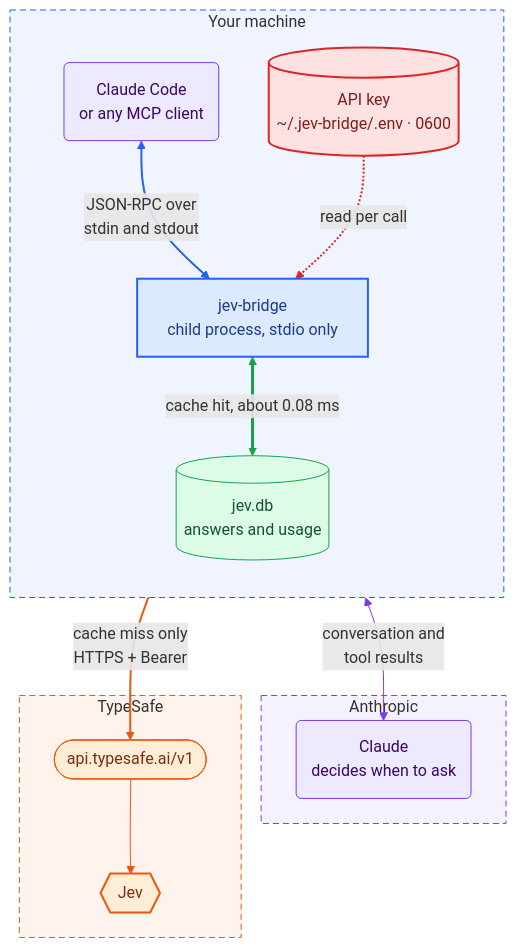
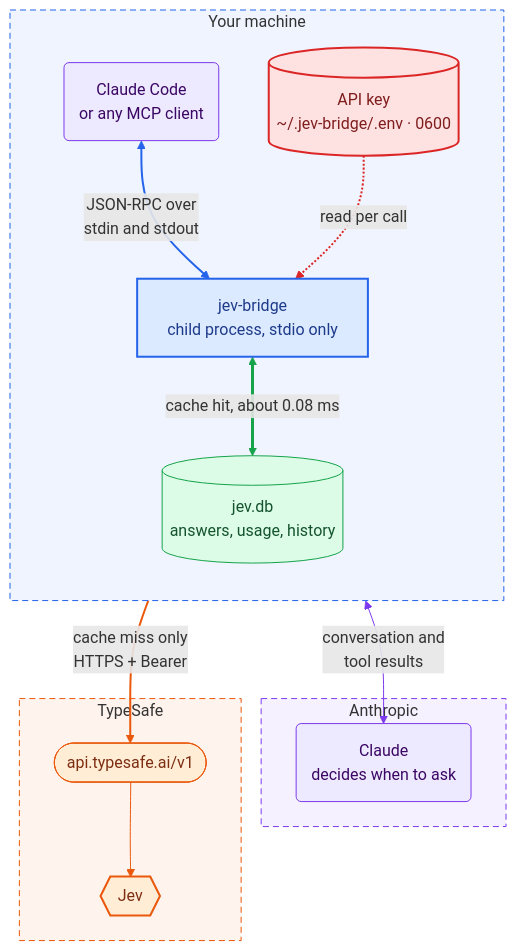
One commit to lhviet/jev-bridge changed the first of 2 diagrams in README.md. Above: the diagram before and after it, drawn with Mermaid. The commit also changed other lines of this file and 12 other files, not shown here.

````diff
--- a/README.md
+++ b/README.md
@@ -96,46 +102,46 @@
 ```mermaid
 flowchart TB
   subgraph MAC["Your machine"]
     direction TB
     CC("Claude Code<br/>or any MCP client")
     SRV["jev-bridge<br/>child process, stdio only"]
     KEY[("API key<br/>~/.jev-bridge/.env · 0600")]
-    DB[("jev.db<br/>answers and usage")]
+    DB[("jev.db<br/>answers, usage, history")]
     CC <== "JSON-RPC over<br/>stdin and stdout" ==> SRV
     KEY -. "read per call" .-> SRV
     SRV <== "cache hit, about 0.08 ms" ==> DB
   end
 
   subgraph ANT["Anthropic"]
     MODEL("Claude<br/>decides when to ask")
   end
 
   subgraph TS["TypeSafe"]
     API(["api.typesafe.ai/v1"]) --> JEV{{"Jev"}}
   end
 
   CC <-- "conversation and<br/>tool results" --> MODEL
   SRV -- "cache miss only<br/>HTTPS + Bearer" --> API
 
   classDef client fill:#ede9fe,stroke:#7c3aed,color:#3b0764
   classDef bridge fill:#dbeafe,stroke:#2563eb,color:#1e3a8a,stroke-width:2px
   classDef store fill:#dcfce7,stroke:#16a34a,color:#14532d
   classDef secret fill:#fee2e2,stroke:#dc2626,color:#7f1d1d,stroke-width:2px
   classDef external fill:#ffedd5,stroke:#ea580c,color:#7c2d12
   classDef jev fill:#ffedd5,stroke:#ea580c,color:#7c2d12,stroke-width:2px
   class CC,MODEL client
   class SRV bridge
   class DB store
   class KEY secret
   class API external
   class JEV jev
   style MAC fill:#2563eb12,stroke:#2563eb,stroke-dasharray:6 4
   style ANT fill:#7c3aed12,stroke:#7c3aed,stroke-dasharray:6 4
   style TS fill:#ea580c12,stroke:#ea580c,stroke-dasharray:6 4
   linkStyle 0 stroke:#2563eb,stroke-width:2px
   linkStyle 1 stroke:#dc2626,stroke-width:2px
   linkStyle 2 stroke:#16a34a,stroke-width:3px
   linkStyle 3 stroke:#ea580c
   linkStyle 4 stroke:#7c3aed
   linkStyle 5 stroke:#ea580c,stroke-width:2px
 ```
````
